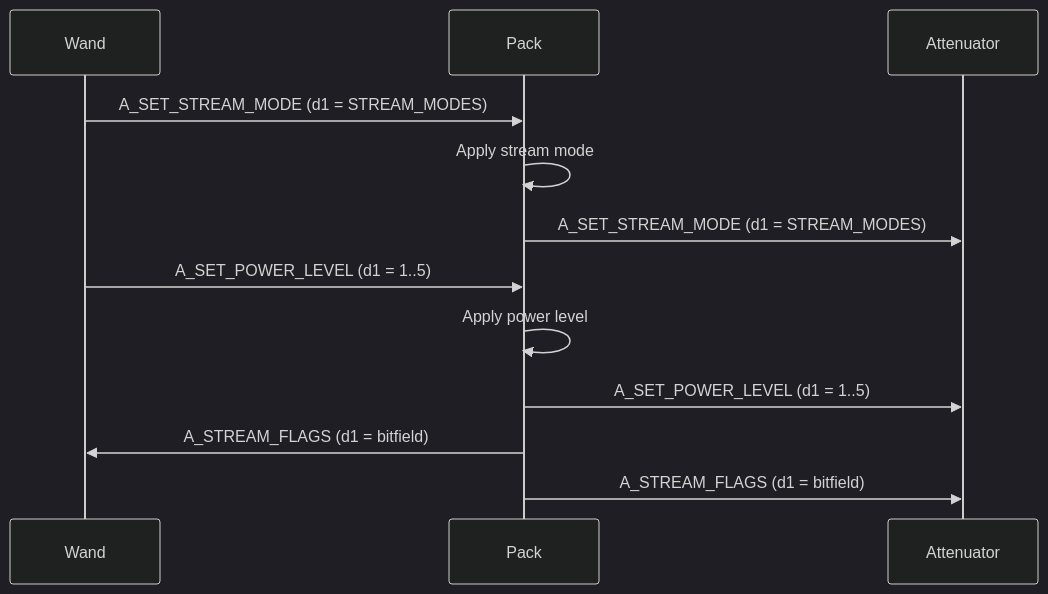
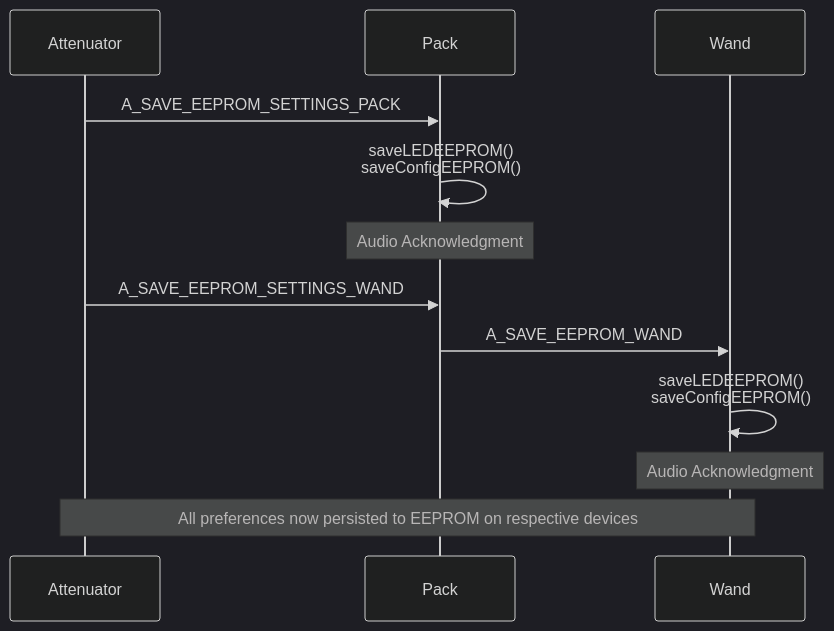
One commit to GPStarTechnologies/GPStar-Core-Source changed the fifth of 5 diagrams in source/SharedLib/Communication/API_SEQUENCES.md. Above: the diagram before and after it, drawn with Mermaid (dark theme). The commit also changed other lines of this file and 30 other files, not shown here.

Commit message:
Update flows, reduce duplicated commands

````diff
--- a/source/SharedLib/Communication/API_SEQUENCES.md
+++ b/source/SharedLib/Communication/API_SEQUENCES.md
@@ -74,17 +116,17 @@
 ```mermaid
 sequenceDiagram
+		participant A as Attenuator
+		participant P as Pack
 		participant W as Wand
-		participant P as Pack
-		participant A as Attenuator
 
-		W->>P: A_SET_STREAM_MODE (d1 = STREAM_MODES)
-		P->>P: Apply stream mode
-		P->>A: A_SET_STREAM_MODE (d1 = STREAM_MODES)
+		A->>P: A_SAVE_EEPROM_SETTINGS_PACK
+		P->>P: saveLEDEEPROM()<br/>saveConfigEEPROM()
+		Note over P: Audio Acknowledgment
 
-		W->>P: A_SET_POWER_LEVEL (d1 = 1..5)
-		P->>P: Apply power level
-		P->>A: A_SET_POWER_LEVEL (d1 = 1..5)
+		A->>P: A_SAVE_EEPROM_SETTINGS_WAND
+		P->>W: A_SAVE_EEPROM_WAND
+		W->>W: saveLEDEEPROM()<br/>saveConfigEEPROM()
+    Note over W: Audio Acknowledgment
 
-		P->>W: A_STREAM_FLAGS (d1 = bitfield)
-		P->>A: A_STREAM_FLAGS (d1 = bitfield)
+		Note over A,W: All preferences now persisted to EEPROM on respective devices
 ```
````
